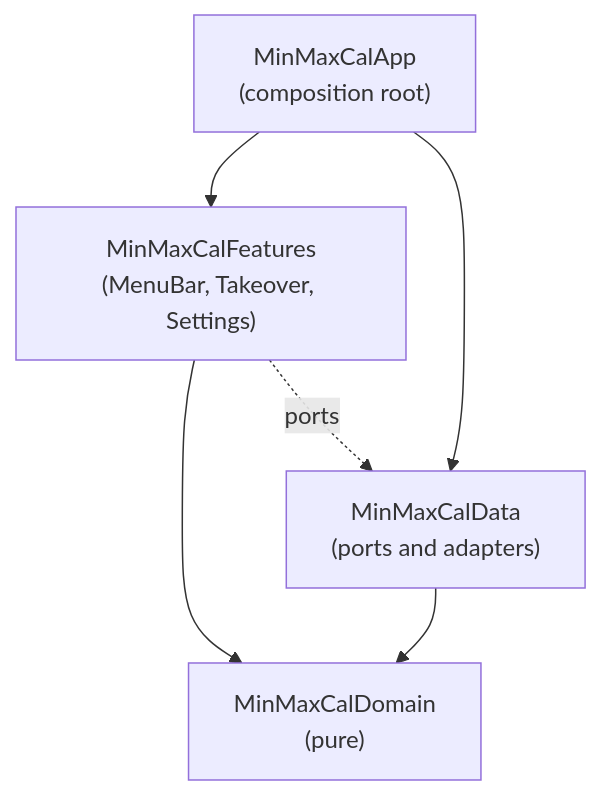
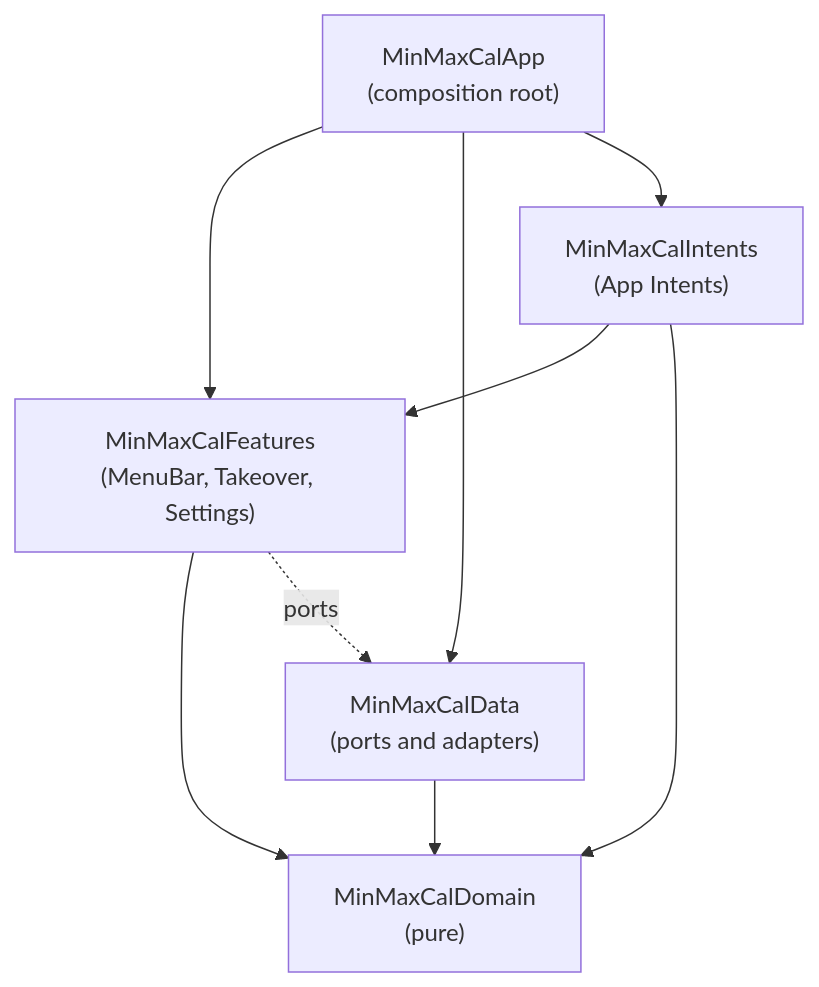
The second of 2 diagrams in ARCHITECTURE.md (MikeMcQuaid/MinMaxCal), drawn with Mermaid before and after one commit. The commit also changed other lines of this file and 19 other files, not shown here.

First line of the commit message:
Add App Intents for Shortcuts, Spotlight and Siri

````diff
--- a/ARCHITECTURE.md
+++ b/ARCHITECTURE.md
@@ -151,12 +151,14 @@
 ```mermaid
 flowchart TD
     App["MinMaxCalApp<br/>(composition root)"]
     Features["MinMaxCalFeatures<br/>(MenuBar, Takeover, Settings)"]
+    Intents["MinMaxCalIntents<br/>(App Intents)"]
     Data["MinMaxCalData<br/>(ports and adapters)"]
     Domain["MinMaxCalDomain<br/>(pure)"]
 
-    App --> Features & Data
+    App --> Features & Data & Intents
+    Intents --> Features & Domain
     Features --> Domain
     Features -.->|ports| Data
     Data --> Domain
 ```
````
